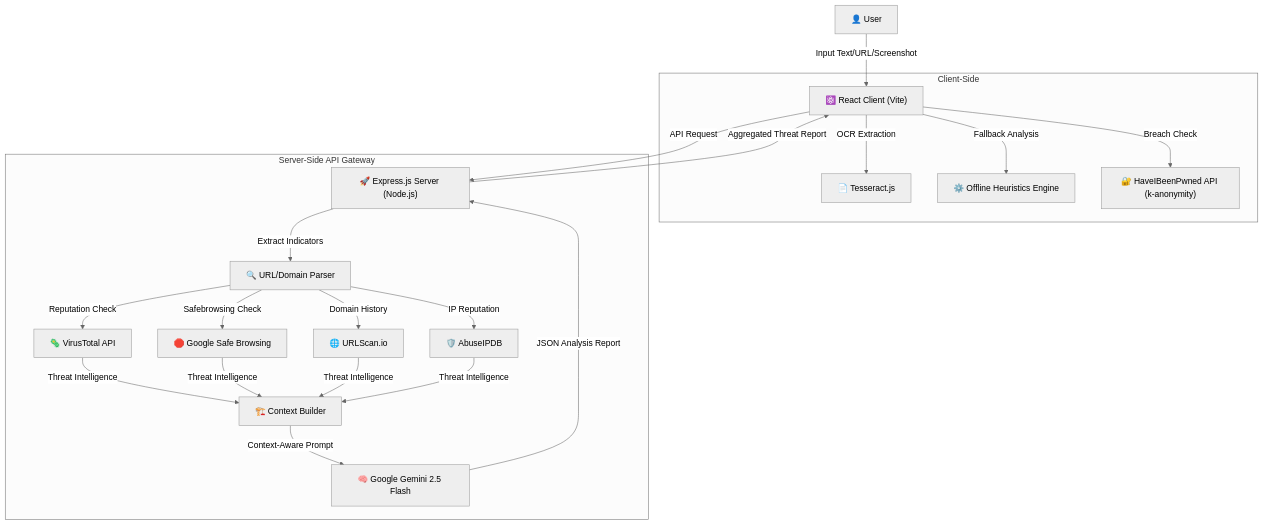
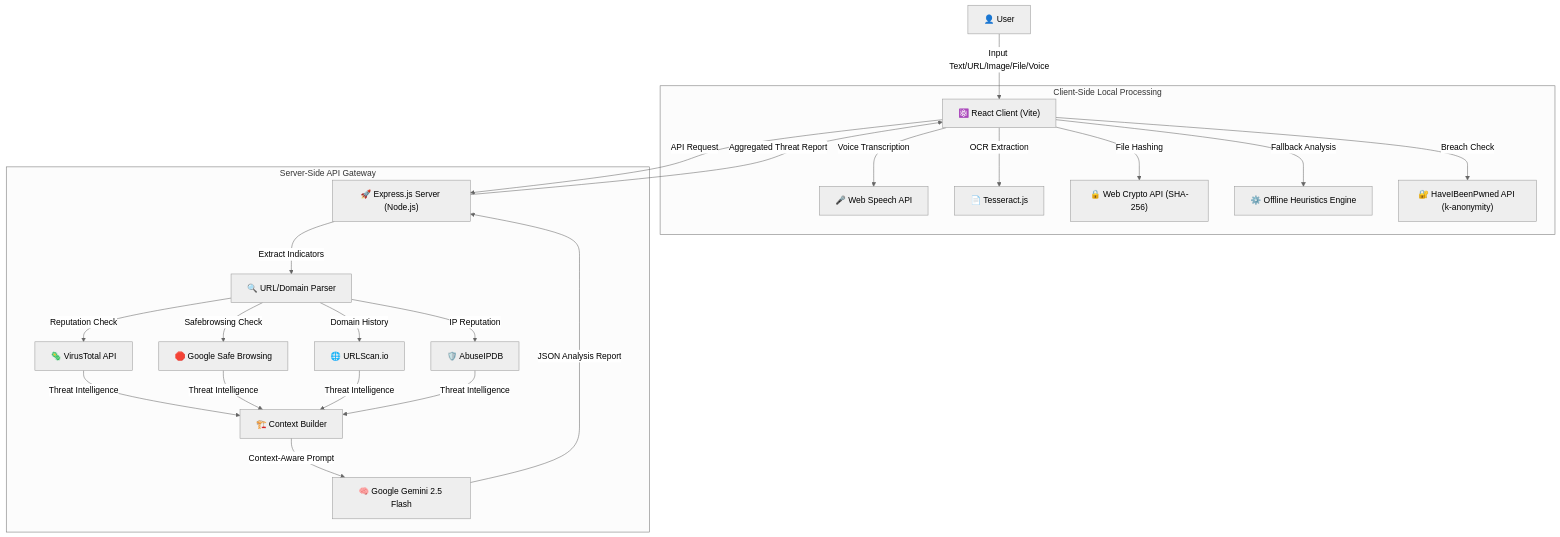
Before and after one commit to Samyak-Waghmare/cyberlens: the diagram in README.md, drawn with Mermaid (neutral theme). The commit also changed other lines of this file and 19 other files, not shown here.

````diff
--- a/README.md
+++ b/README.md
@@ -65,31 +74,33 @@
 ```mermaid
 graph TD
-    User["👤 User"] -->|Input Text/URL/Screenshot| Frontend["⚛️ React Client (Vite)"]
+    User["👤 User"] -->|Input Text/URL/Image/File/Voice| Frontend["⚛️ React Client (Vite)"]
     
-    subgraph Client-Side
+    subgraph Client-Side Local Processing
+        Frontend -->|Voice Transcription| WebSpeech["🎤 Web Speech API"]
         Frontend -->|OCR Extraction| Tesseract["📄 Tesseract.js"]
+        Frontend -->|File Hashing| WebCrypto["🔒 Web Crypto API (SHA-256)"]
         Frontend -->|Fallback Analysis| OfflineEngine["⚙️ Offline Heuristics Engine"]
         Frontend -->|Breach Check| HIBP["🔐 HaveIBeenPwned API (k-anonymity)"]
     end
     
     Frontend -->|API Request| Backend["🚀 Express.js Server (Node.js)"]
     
     subgraph Server-Side API Gateway
         Backend -->|Extract Indicators| RegexParser["🔍 URL/Domain Parser"]
         
         RegexParser -->|Reputation Check| VT["🦠 VirusTotal API"]
         RegexParser -->|Safebrowsing Check| GoogleSB["🛑 Google Safe Browsing"]
         RegexParser -->|Domain History| URLScan["🌐 URLScan.io"]
         RegexParser -->|IP Reputation| AbuseIPDB["🛡️ AbuseIPDB"]
         
         VT -->|Threat Intelligence| PromptBuilder["🏗️ Context Builder"]
         GoogleSB -->|Threat Intelligence| PromptBuilder
         URLScan -->|Threat Intelligence| PromptBuilder
         AbuseIPDB -->|Threat Intelligence| PromptBuilder
         
         PromptBuilder -->|Context-Aware Prompt| Gemini["🧠 Google Gemini 2.5 Flash"]
     end
     
     Gemini -->|JSON Analysis Report| Backend
     Backend -->|Aggregated Threat Report| Frontend
 ```
````
